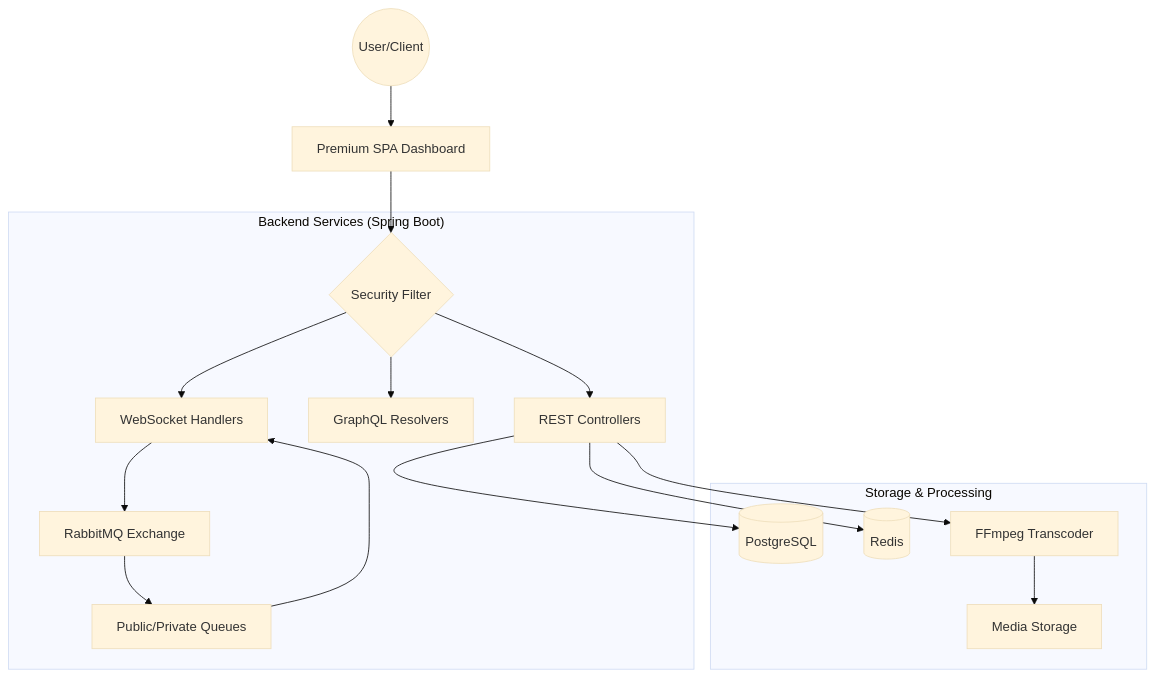
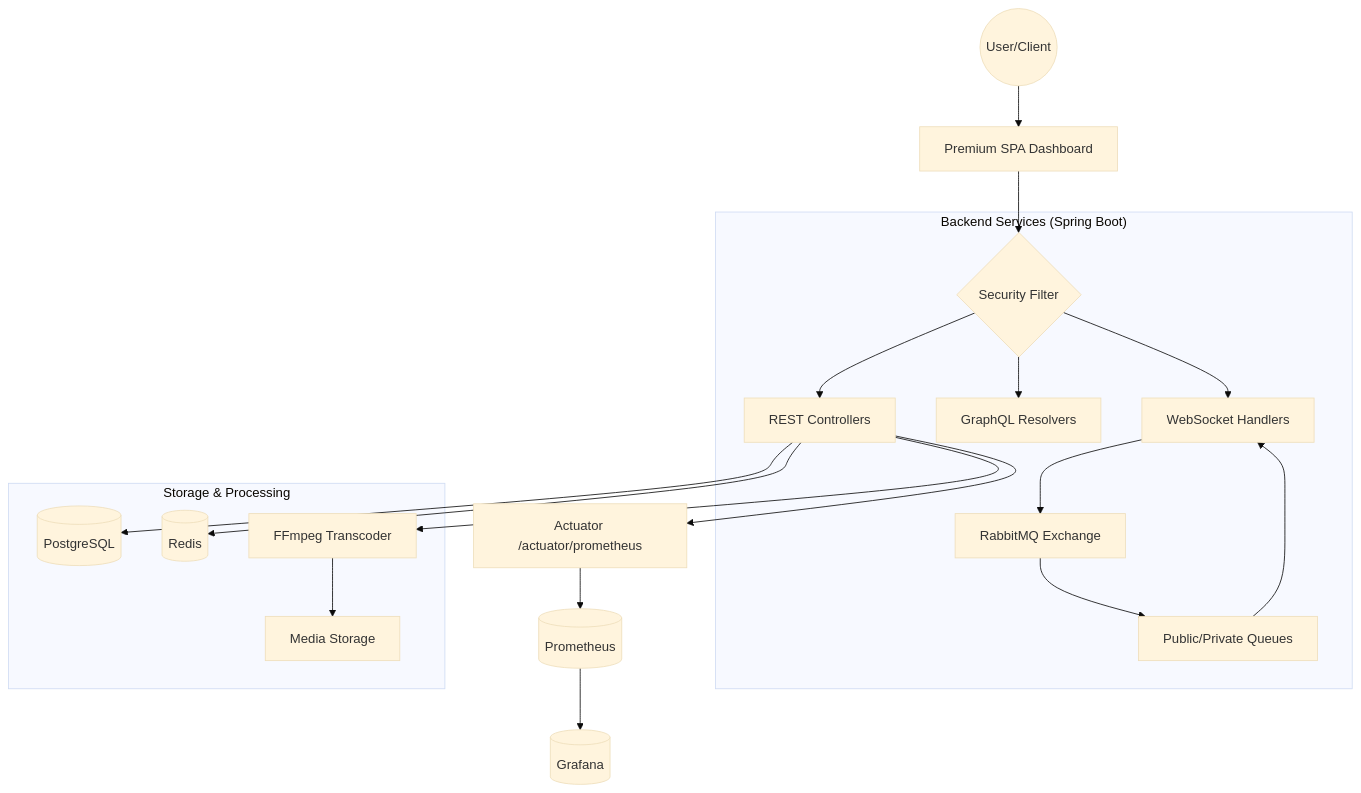
One commit to kishore-xo/MediaValut changed the diagram in README.md. Above: the diagram before and after it, drawn with Mermaid (base theme). The commit also changed other lines of this file, not shown here.

````diff
--- a/README.md
+++ b/README.md
@@ -22,23 +25,27 @@
 ```mermaid
 graph TD
     User((User/Client)) --> SPA[Premium SPA Dashboard]
     SPA --> Auth{Security Filter}
     
     subgraph "Backend Services (Spring Boot)"
         Auth --> REST[REST Controllers]
         Auth --> GQL[GraphQL Resolvers]
         Auth --> WS[WebSocket Handlers]
         
         WS --> RMQ[RabbitMQ Exchange]
         RMQ --> PubSub[Public/Private Queues]
     end
     
     subgraph "Storage & Processing"
         REST --> DB[(PostgreSQL)]
         REST --> Cache[(Redis)]
         REST --> FFmpeg[FFmpeg Transcoder]
         FFmpeg --> Disk[Media Storage]
     end
+
+    AppMetrics[Actuator /actuator/prometheus] --> Prometheus[(Prometheus)]
+    Prometheus --> Grafana[(Grafana)]
+    REST --> AppMetrics
     
     PubSub --> WS
 ```
````
